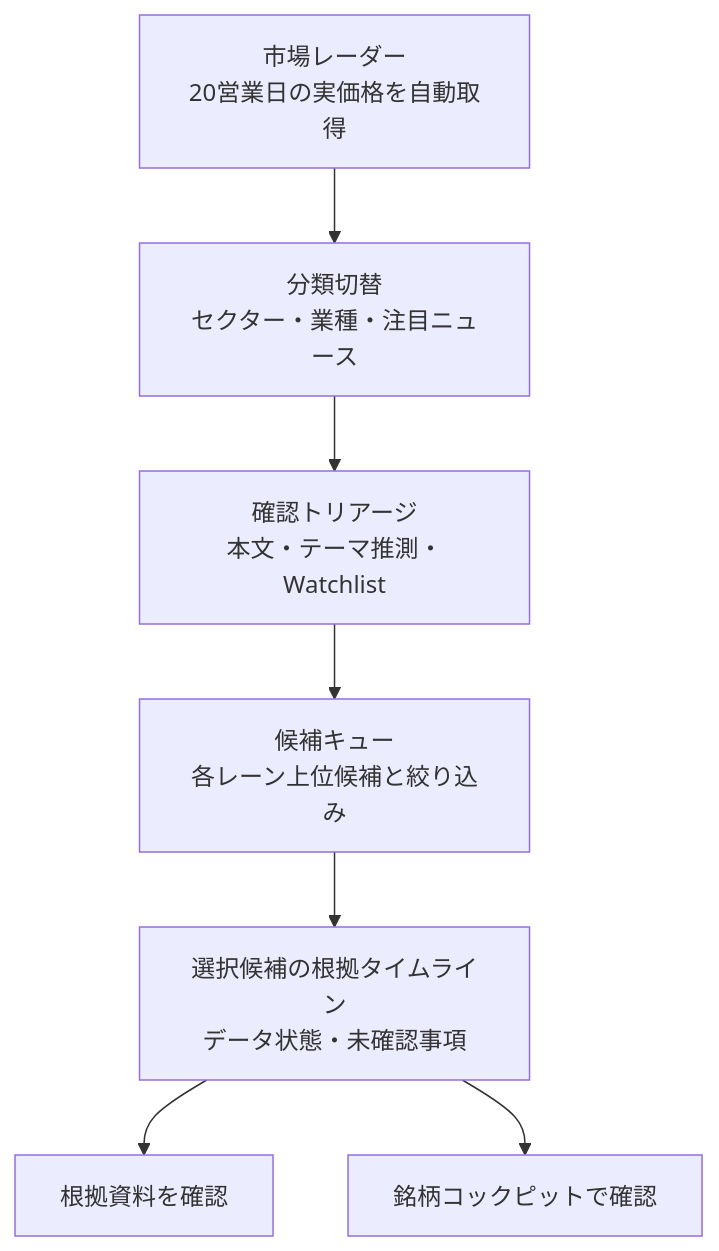
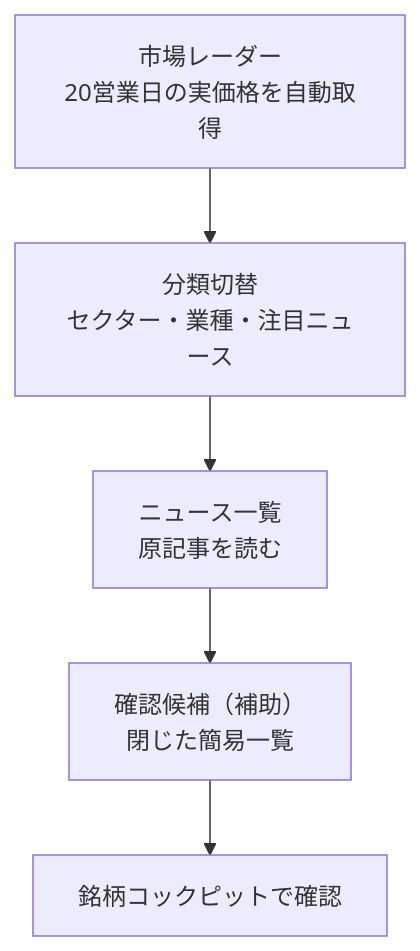
The diagram in Documents/39_Investment_Radar_UX_Visualization_Requirements.md (yuki-godzilla/Smart_Market_AI), drawn with Mermaid before and after one commit. The commit also changed other lines of this file and 8 other files, not shown here.

Commit message:
refactor: simplify investment radar news flow

````diff
--- a/Documents/39_Investment_Radar_UX_Visualization_Requirements.md
+++ b/Documents/39_Investment_Radar_UX_Visualization_Requirements.md
@@ -79,9 +79,7 @@
 ```mermaid
 flowchart TB
     A[市場レーダー<br/>20営業日の実価格を自動取得] --> B[分類切替<br/>セクター・業種・注目ニュース]
-    B --> C[確認トリアージ<br/>本文・テーマ推測・Watchlist]
-    C --> D[候補キュー<br/>各レーン上位候補と絞り込み]
-    D --> E[選択候補の根拠タイムライン<br/>データ状態・未確認事項]
-    E --> F[根拠資料を確認]
-    E --> G[銘柄コックピットで確認]
+    B --> C[ニュース一覧<br/>原記事を読む]
+    C --> D[確認候補（補助）<br/>閉じた簡易一覧]
+    D --> E[銘柄コックピットで確認]
 ```
````
